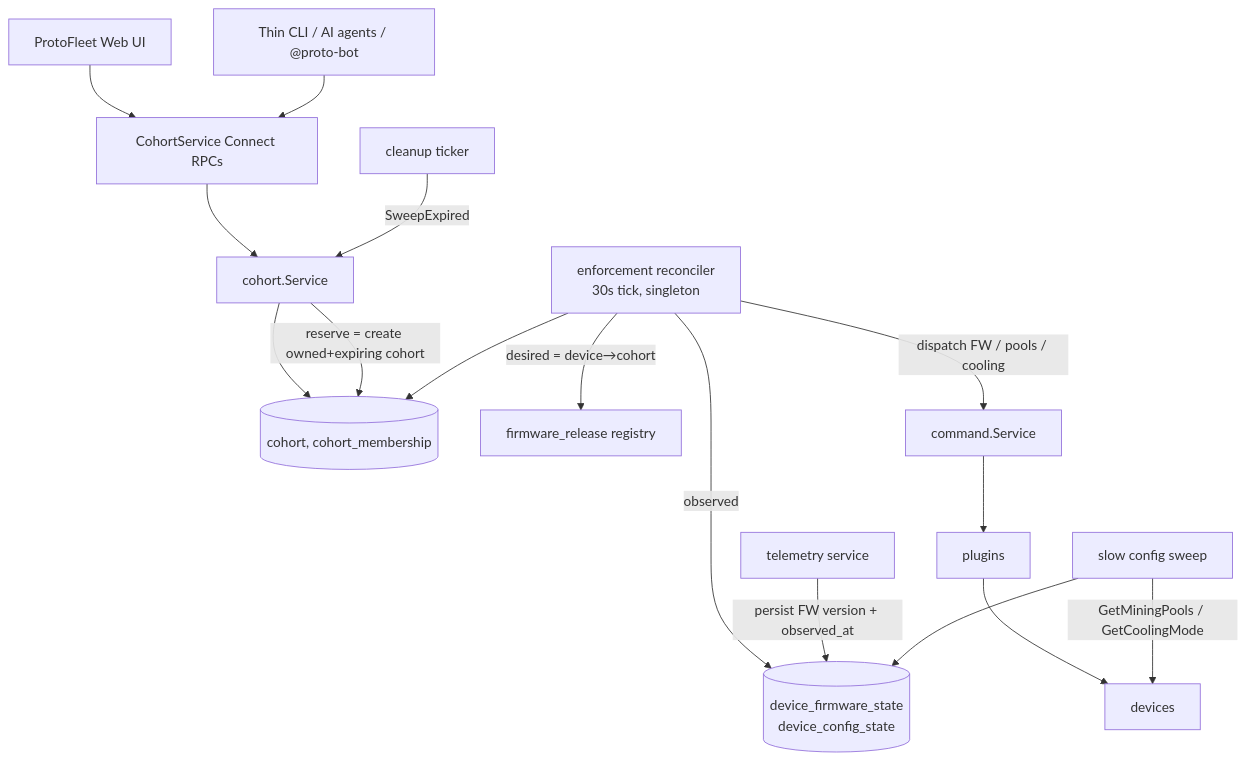
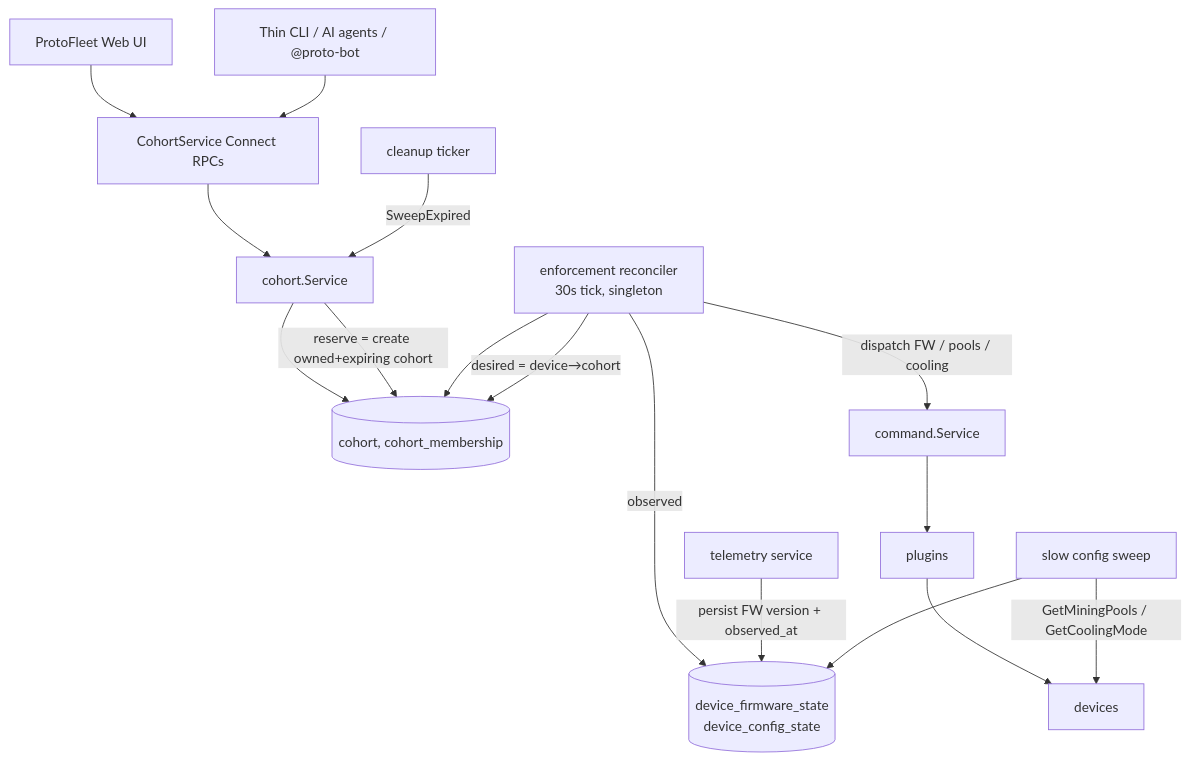
One commit to block/proto-fleet changed the first of 4 diagrams in docs/plans/2026-06-19-cohorts-fleet-enforcement-tdd.md. Above: the diagram before and after it, drawn with Mermaid. The commit also changed other lines of this file and 10 other files, not shown here.

````diff
--- a/docs/plans/2026-06-19-cohorts-fleet-enforcement-tdd.md
+++ b/docs/plans/2026-06-19-cohorts-fleet-enforcement-tdd.md
@@ -201,19 +200,19 @@
 ```mermaid
 graph TD
     UI[ProtoFleet Web UI] --> RPC
     CLI[Thin CLI / AI agents / @proto-bot] --> RPC
     RPC[CohortService Connect RPCs] --> SVC[cohort.Service]
     SVC --> STORE[(cohort, cohort_membership)]
     SVC -->|reserve = create owned+expiring cohort| STORE
 
     TICK[cleanup ticker] -->|SweepExpired| SVC
     REC[enforcement reconciler<br/>30s tick, singleton] --> STORE
-    REC -->|desired = device→cohort| RESOLVE[firmware_release registry]
+    REC -->|desired = device→cohort| STORE
     REC -->|observed| SHADOW[(device_firmware_state<br/>device_config_state)]
     REC -->|dispatch FW / pools / cooling| CMD[command.Service]
     CMD --> PLUGINS[plugins] --> DEV[devices]
 
     TELE[telemetry service] -->|persist FW version + observed_at| SHADOW
     SWEEP[slow config sweep] -->|GetMiningPools / GetCoolingMode| DEV
     SWEEP --> SHADOW
 ```
````
